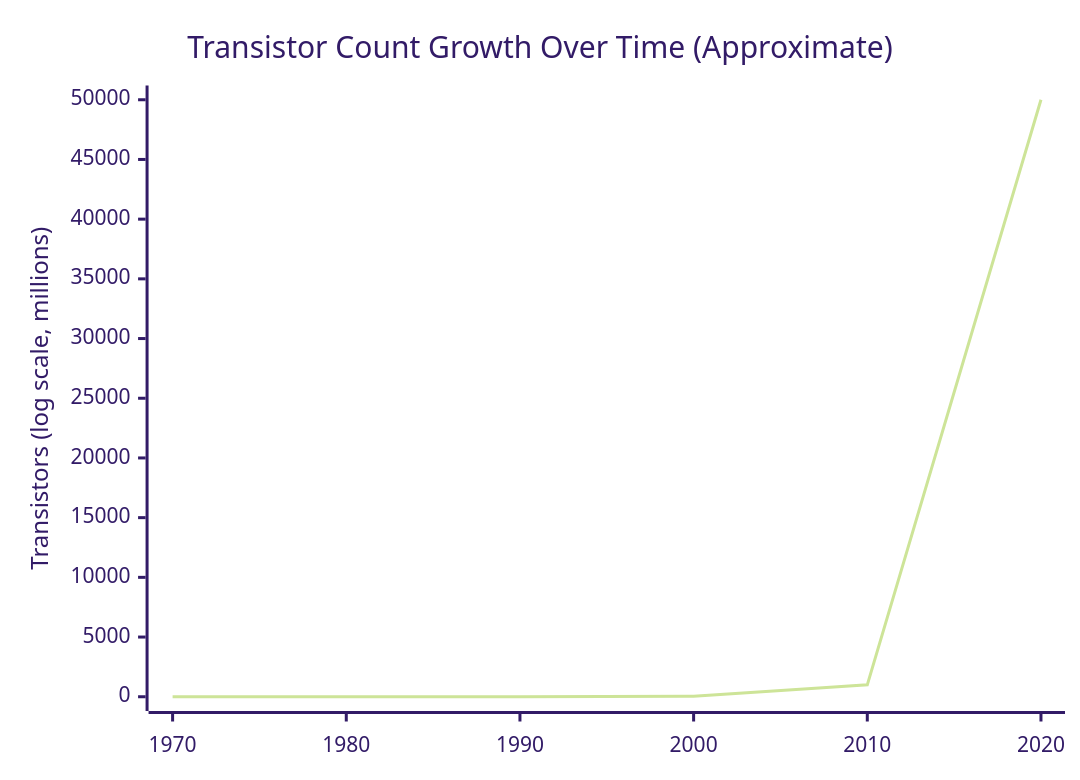
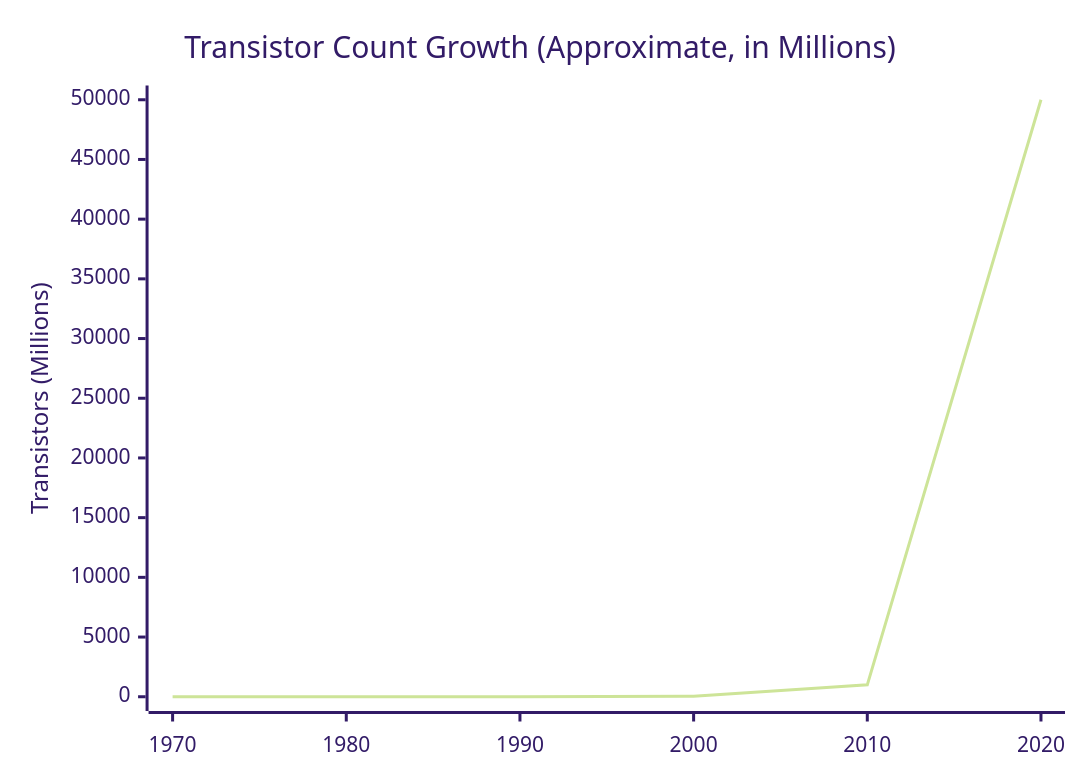
One commit to MuhammadTahaNasir/Big-Data-Analytics-Notes changed the sixth of 14 diagrams in Week1/Lecture2_Hardware_Moores_Amdahls.md. Above: the diagram before and after it, drawn with Mermaid (forest theme). The commit also changed other lines of this file, not shown here.

````diff
--- a/Week1/Lecture2_Hardware_Moores_Amdahls.md
+++ b/Week1/Lecture2_Hardware_Moores_Amdahls.md
@@ -197,7 +196,7 @@
 ```mermaid
 xychart-beta
-    title "Transistor Count Growth Over Time (Approximate)"
+    title "Transistor Count Growth (Approximate, in Millions)"
     x-axis ["1970", "1980", "1990", "2000", "2010", "2020"]
-    y-axis "Transistors (log scale, millions)" 0 --> 50000
+    y-axis "Transistors (Millions)" 0 --> 50000
     line [0.001, 0.06, 1, 40, 1000, 50000]
 ```
````
